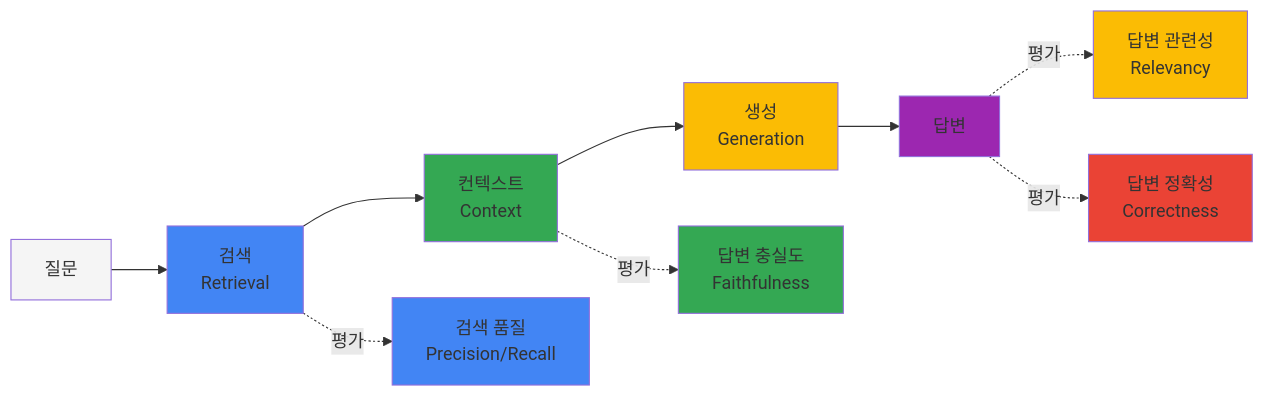
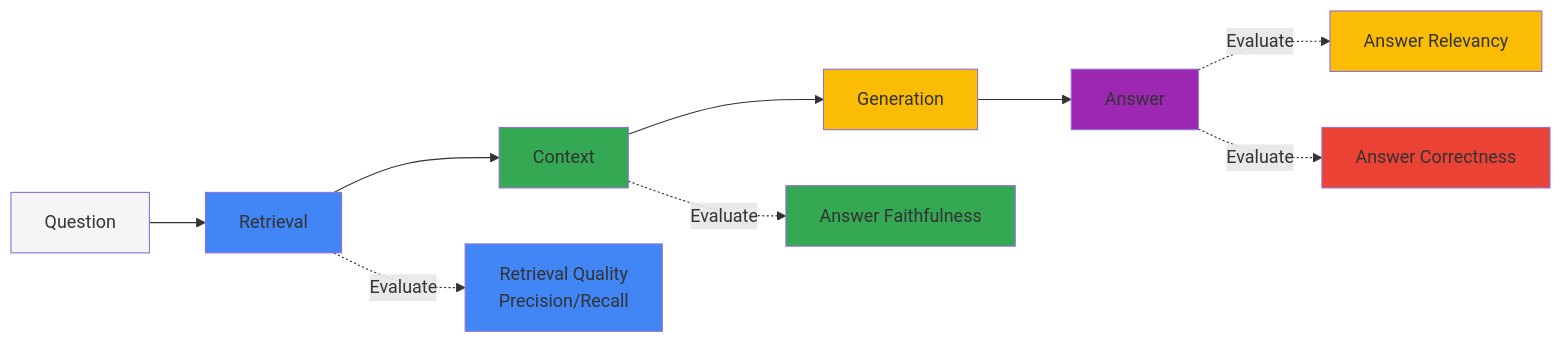
Before and after one commit to devfloor9/engineering-playbook: the first of 2 diagrams in docs/agentic-ai-platform/operations-mlops/governance/ragas-evaluation.md, drawn with Mermaid. The commit also changed other lines of this file and 954 other files, not shown here.

````diff
--- a/docs/agentic-ai-platform/operations-mlops/governance/ragas-evaluation.md
+++ b/docs/agentic-ai-platform/operations-mlops/governance/ragas-evaluation.md
@@ -33,33 +33,33 @@
 ```mermaid
 flowchart LR
-    Q[질문]
-    R[검색<br/>Retrieval]
-    C[컨텍스트<br/>Context]
-    G[생성<br/>Generation]
-    A[답변]
+    Q[Question]
+    R[Retrieval]
+    C[Context]
+    G[Generation]
+    A[Answer]
 
-    E1[검색 품질<br/>Precision/Recall]
-    E2[답변 충실도<br/>Faithfulness]
-    E3[답변 관련성<br/>Relevancy]
-    E4[답변 정확성<br/>Correctness]
+    E1[Retrieval Quality<br/>Precision/Recall]
+    E2[Answer Faithfulness]
+    E3[Answer Relevancy]
+    E4[Answer Correctness]
 
     Q --> R
     R --> C
     C --> G
     G --> A
 
-    R -.->|평가| E1
-    C -.->|평가| E2
-    A -.->|평가| E3
-    A -.->|평가| E4
+    R -.->|Evaluate| E1
+    C -.->|Evaluate| E2
+    A -.->|Evaluate| E3
+    A -.->|Evaluate| E4
 
     style Q fill:#f5f5f5
     style R fill:#4285f4
     style C fill:#34a853
     style G fill:#fbbc04
     style A fill:#9c27b0
     style E1 fill:#4285f4
     style E2 fill:#34a853
     style E3 fill:#fbbc04
     style E4 fill:#ea4335
 ```
````
